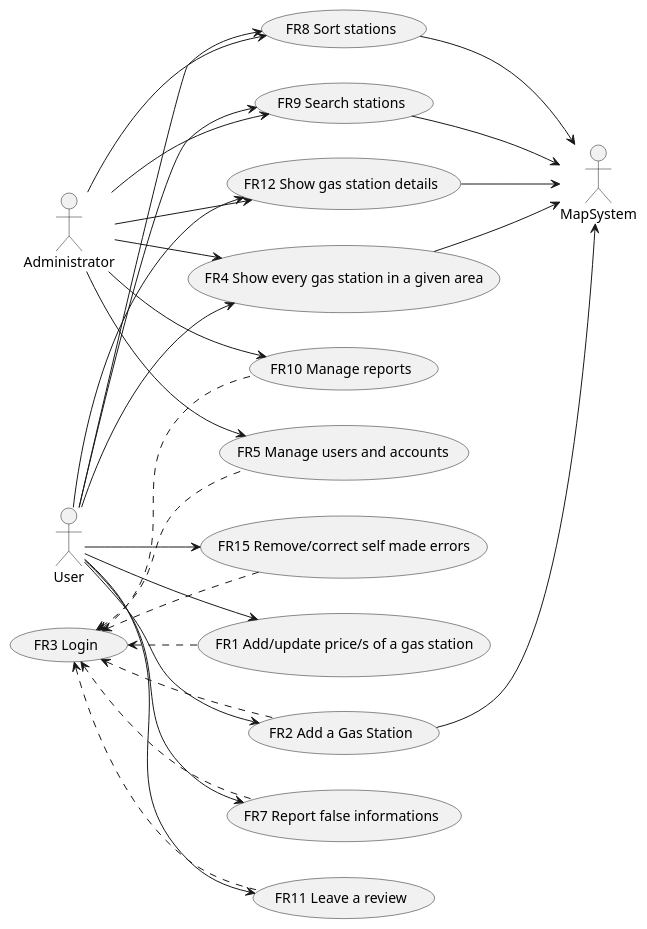
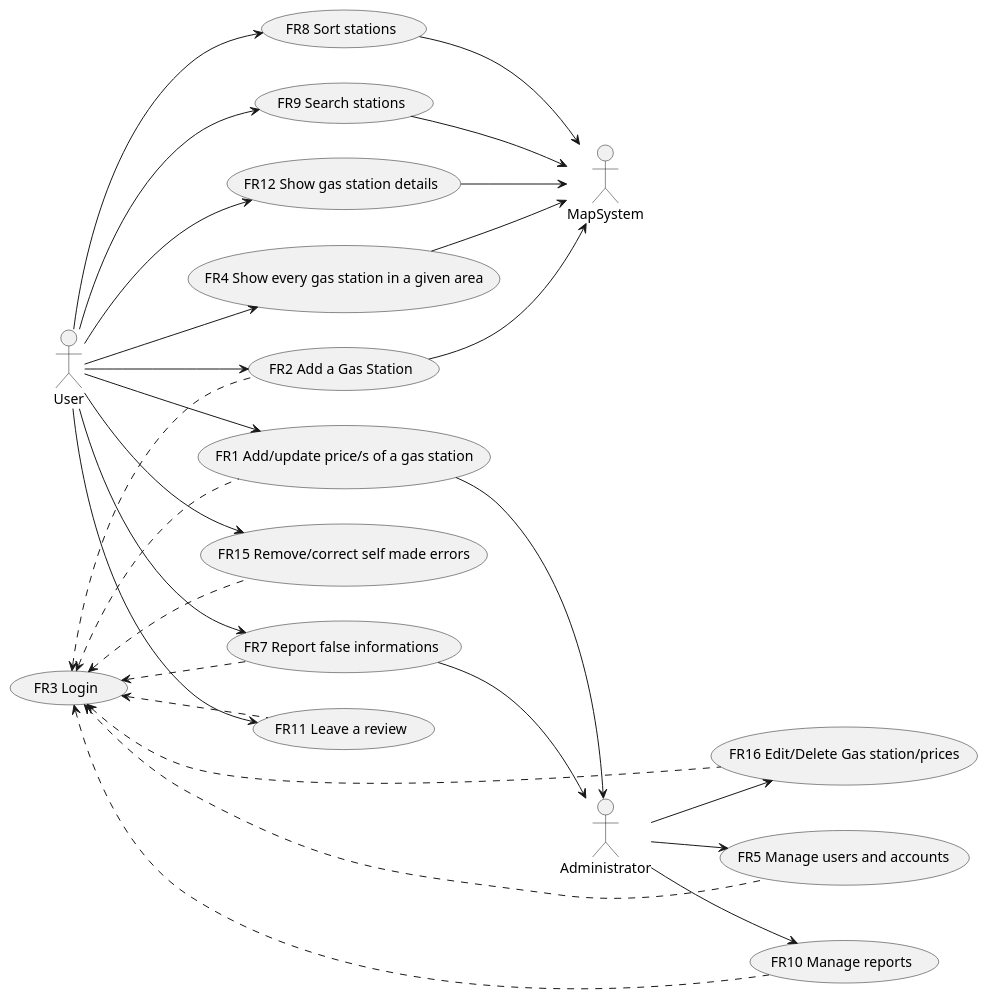
One commit to peppep97/se1 changed the second of 3 diagrams in Giuseppe/REQ_s280085.md. Above: the diagram before and after it, drawn with PlantUML. The commit also changed other lines of this file, not shown here.

Commit message:
fix: update requirements/use case diagram

````diff
--- a/Giuseppe/REQ_s280085.md
+++ b/Giuseppe/REQ_s280085.md
@@ -135,38 +136,43 @@
 ```plantuml
 left to right direction
 actor User as u
 left to right direction
 actor MapSystem as map
 left to right direction
 actor Administrator as a
 
 u --> (FR1 Add/update price/s of a gas station)
 u --> (FR2 Add a Gas Station)
 u --> (FR4 Show every gas station in a given area)
 u --> (FR7 Report false informations)
 u --> (FR8 Sort stations)
 u --> (FR9 Search stations)
 u --> (FR11 Leave a review)
 u --> (FR12 Show gas station details)
 u --> (FR15 Remove/correct self made errors)
-a --> (FR4 Show every gas station in a given area)
+'a --> (FR4 Show every gas station in a given area)
+'a --> (FR8 Sort stations)
+'a --> (FR9 Search stations)
+'a --> (FR12 Show gas station details)
 a --> (FR5 Manage users and accounts)
-a --> (FR8 Sort stations)
-a --> (FR9 Search stations)
 a --> (FR10 Manage reports)
-a --> (FR12 Show gas station details)
+a --> (FR16 Edit/Delete Gas station/prices)
+
+(FR1 Add/update price/s of a gas station) --> a
+(FR7 Report false informations) --> a
 
 (FR2 Add a Gas Station) --> map
 (FR8 Sort stations) --> map
 (FR9 Search stations) --> map
 (FR4 Show every gas station in a given area) --> map
 (FR12 Show gas station details) --> map
 
 (FR3 Login) <.. (FR1 Add/update price/s of a gas station)
 (FR3 Login) <.. (FR2 Add a Gas Station)
 (FR3 Login) <.. (FR10 Manage reports)
 (FR3 Login) <.. (FR5 Manage users and accounts)
 (FR3 Login) <.. (FR11 Leave a review)
 (FR3 Login) <.. (FR7 Report false informations)
 (FR3 Login) <.. (FR15 Remove/correct self made errors)
+(FR3 Login) <.. (FR16 Edit/Delete Gas station/prices)
 ```
````
